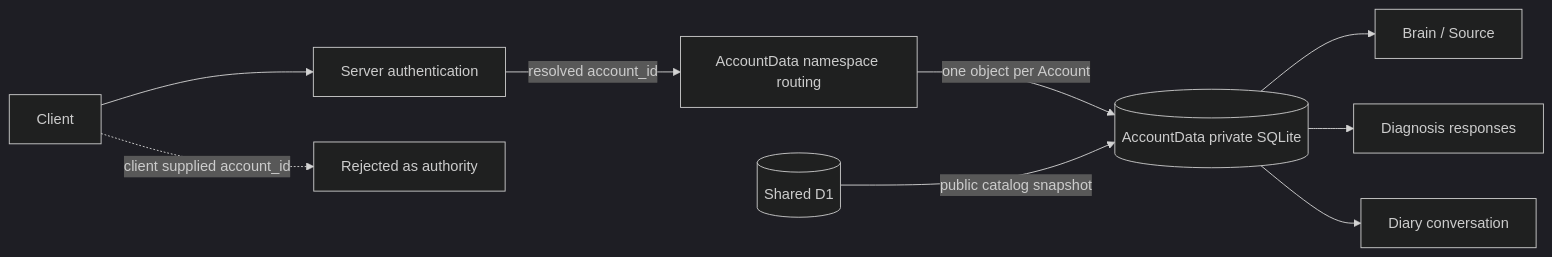
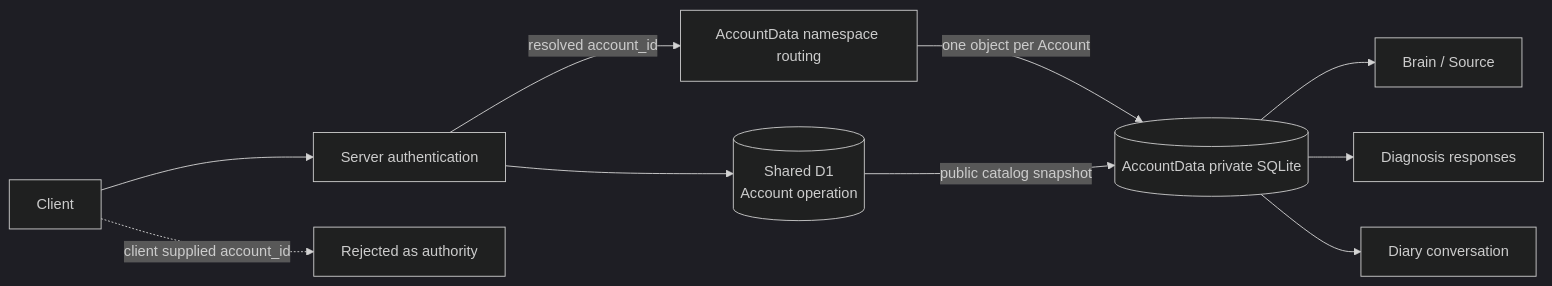
Before and after one commit to kkyosuke/me-builder: the first of 4 diagrams in docs/architecture/account-data-isolation.md, drawn with Mermaid (dark theme). The commit also changed other lines of this file and 54 other files, not shown here.

````diff
--- a/docs/architecture/account-data-isolation.md
+++ b/docs/architecture/account-data-isolation.md
@@ -27,11 +27,12 @@
 ```mermaid
 flowchart LR
     C[Client] --> A[Server authentication]
     A -->|resolved account_id| R[AccountData namespace routing]
     R -->|one object per Account| O[(AccountData private SQLite)]
     O --> B[Brain / Source]
     O --> G[Diagnosis responses]
     O --> Y[Diary conversation]
-    D[(Shared D1)] -->|public catalog snapshot| O
+    A --> D[(Shared D1<br/>Account operation)]
+    D -->|public catalog snapshot| O
     C -. client supplied account_id .-> X[Rejected as authority]
 ```
````
